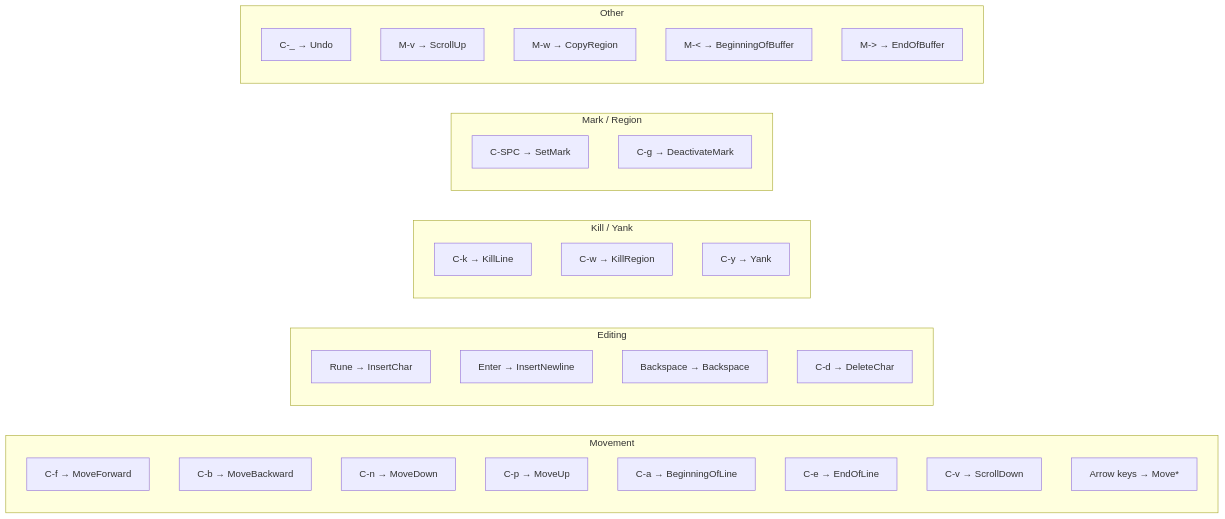
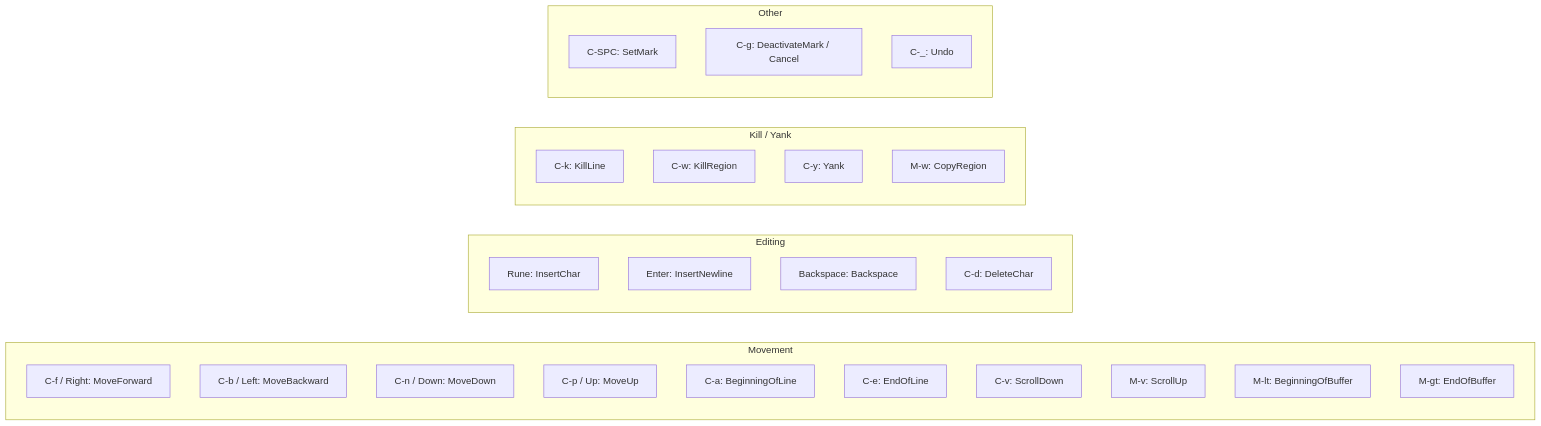
One commit to ryogrid/gomacs changed the ninth of 11 diagrams in impl_docs/event-loop.md. Above: the diagram before and after it, drawn with Mermaid. The commit also changed other lines of this file and 4 other files, not shown here.

````diff
--- a/impl_docs/event-loop.md
+++ b/impl_docs/event-loop.md
@@ -119,39 +269,35 @@
 ```mermaid
 flowchart LR
     subgraph "Movement"
-        CF[C-f → MoveForward]
-        CB[C-b → MoveBackward]
-        CN[C-n → MoveDown]
-        CP[C-p → MoveUp]
-        CA[C-a → BeginningOfLine]
-        CE[C-e → EndOfLine]
-        CV[C-v → ScrollDown]
-        AR[Arrow keys → Move*]
+        CF["C-f / Right: MoveForward"]
+        CB["C-b / Left: MoveBackward"]
+        CN["C-n / Down: MoveDown"]
+        CP["C-p / Up: MoveUp"]
+        CA["C-a: BeginningOfLine"]
+        CE["C-e: EndOfLine"]
+        CV["C-v: ScrollDown"]
+        MV["M-v: ScrollUp"]
+        ML["M-lt: BeginningOfBuffer"]
+        MG["M-gt: EndOfBuffer"]
     end
 
     subgraph "Editing"
-        RN[Rune → InsertChar]
-        EN[Enter → InsertNewline]
-        BS[Backspace → Backspace]
-        CD[C-d → DeleteChar]
+        RN["Rune: InsertChar"]
+        EN["Enter: InsertNewline"]
+        BS["Backspace: Backspace"]
+        CD["C-d: DeleteChar"]
     end
 
     subgraph "Kill / Yank"
-        CK[C-k → KillLine]
-        CW[C-w → KillRegion]
-        CY[C-y → Yank]
-    end
-
-    subgraph "Mark / Region"
-        CS["C-SPC → SetMark"]
-        CG[C-g → DeactivateMark]
+        CK["C-k: KillLine"]
+        CW["C-w: KillRegion"]
+        CY["C-y: Yank"]
+        MW["M-w: CopyRegion"]
     end
 
     subgraph "Other"
-        CU[C-_ → Undo]
-        MV["M-v → ScrollUp"]
-        MW["M-w → CopyRegion"]
-        ML["M-< → BeginningOfBuffer"]
-        MG["M-> → EndOfBuffer"]
+        CS["C-SPC: SetMark"]
+        CG["C-g: DeactivateMark / Cancel"]
+        CU["C-_: Undo"]
     end
 ```
````
